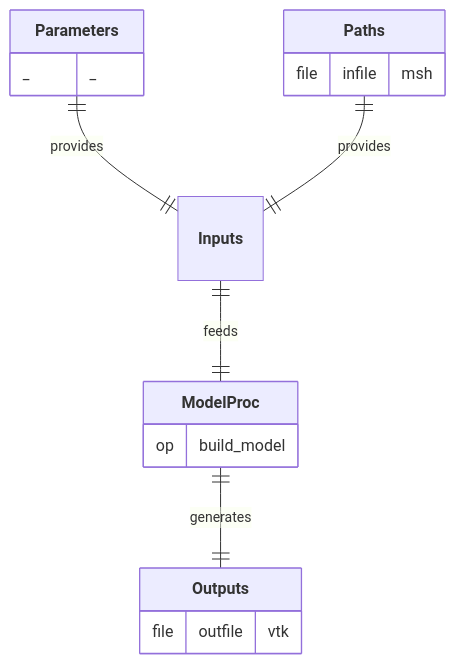
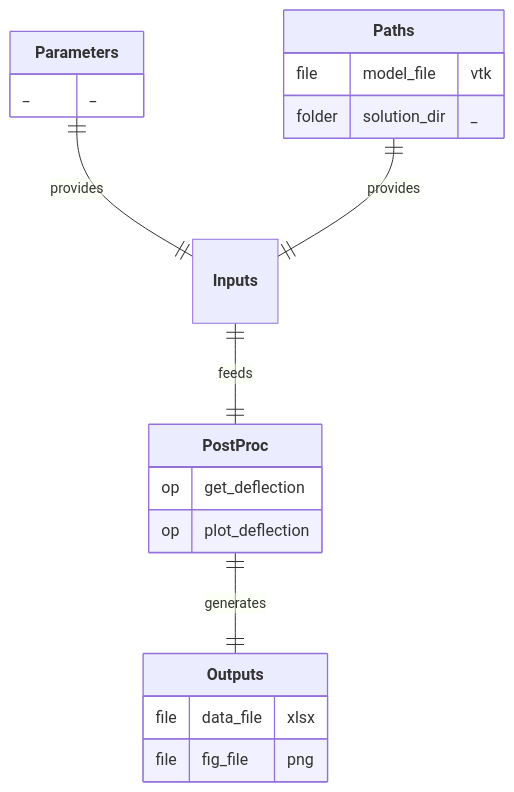
Before and after one commit to nuremics/sim-labs: the diagram in src/nuremics_labs/apps/simulation/CANTILEVER_SHEAR_APP/procs/PostProc/README.md, drawn with Mermaid. The commit also changed other lines of this file and 3 other files, not shown here.

Commit message:
add PostProc - without comments in code

````diff
--- a/src/nuremics_labs/apps/simulation/CANTILEVER_SHEAR_APP/procs/PostProc/README.md
+++ b/src/nuremics_labs/apps/simulation/CANTILEVER_SHEAR_APP/procs/PostProc/README.md
@@ -14,20 +17,23 @@
 ```mermaid
 erDiagram
   **Parameters** ||--|| **Inputs** : provides
   **Paths** ||--|| **Inputs** : provides
-  **Inputs** ||--|| **ModelProc** : feeds
-  **ModelProc** ||--|| **Outputs** : generates
+  **Inputs** ||--|| **PostProc** : feeds
+  **PostProc** ||--|| **Outputs** : generates
 
   **Parameters** {
     _ _
   }
   **Paths** {
-    file infile "msh"
+    file model_file "vtk"
+    folder solution_dir "_"
   }
-  **ModelProc** {
-    op build_model
+  **PostProc** {
+    op get_deflection
+    op plot_deflection
   }
   **Outputs** {
-    file outfile "vtk"
+    file data_file "xlsx"
+    file fig_file "png"
   }
 ```
````
